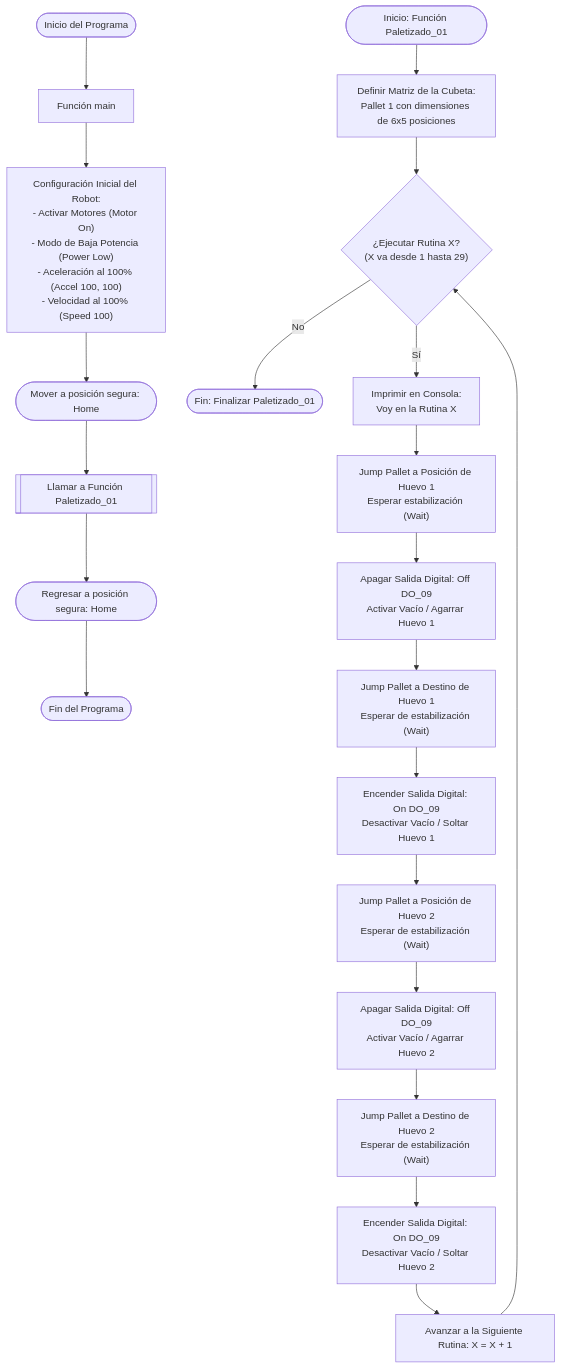
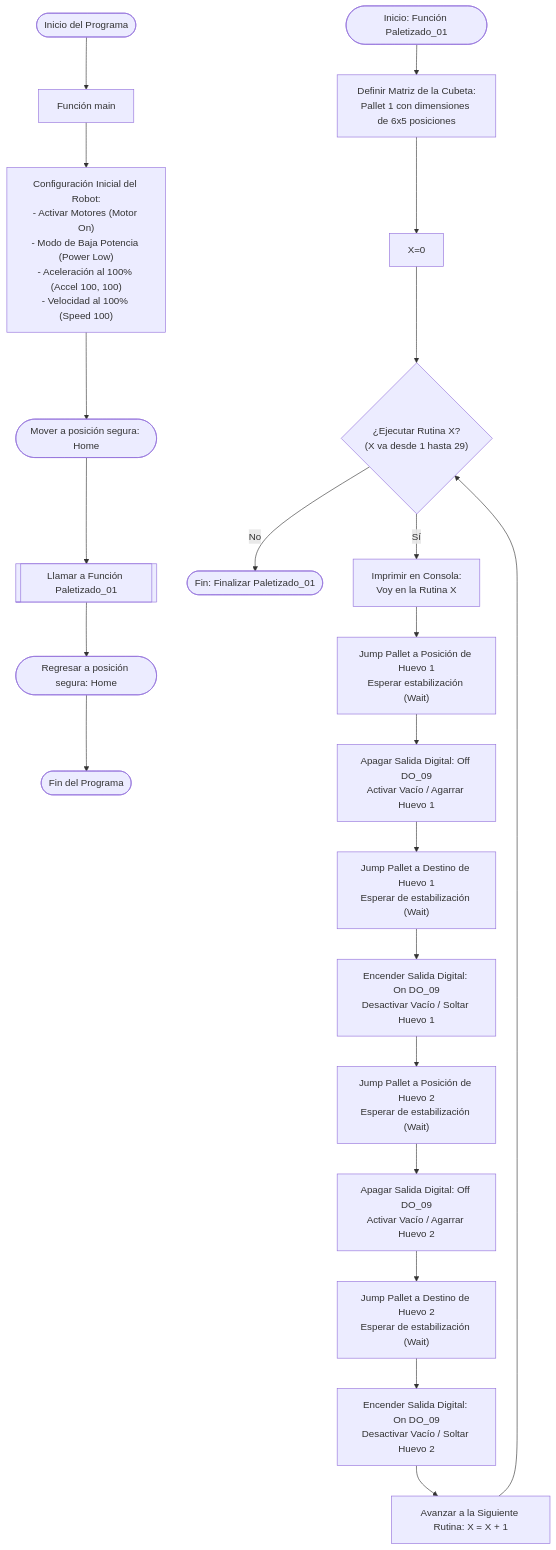
Before and after one commit to labsir-un/Robotica-2026-I-Equipo-3C-Moreno-Ramos: the diagram in Laboratorio No. 03 - Robótica Industrial EPSON T3 401S y EPSON RC+/README.MD, drawn with Mermaid.

````diff
--- a/Laboratorio No. 03 - Robótica Industrial EPSON T3 401S y EPSON RC+/README.MD
+++ b/Laboratorio No. 03 - Robótica Industrial EPSON T3 401S y EPSON RC+/README.MD
@@ -214,24 +214,25 @@
 ```mermaid
 
 flowchart TB
     Start(["Inicio del Programa"]) --> Main["Función main"]
     Main --> Init["Configuración Inicial del Robot:<br>- Activar Motores (Motor On)<br>- Modo de Baja Potencia (Power Low)<br>- Aceleración al 100% (Accel 100, 100)<br>- Velocidad al 100% (Speed 100)"]
     Init --> GoHome1(["Mover a posición segura: Home"])
     GoHome1 --> CallRoutine[["Llamar a Función Paletizado_01"]]
     CallRoutine --> GoHome2(["Regresar a posición segura: Home"])
     GoHome2 --> EndProg(["Fin del Programa"])
     Start1(["Inicio: Función Paletizado_01"]) --> DefPallet["Definir Matriz de la Cubeta:<br>Pallet 1 con dimensiones de 6x5 posiciones"]
-    DefPallet --> RoutineLoop{"¿Ejecutar Rutina X?<br>(X va desde 1 hasta 29)"}
+    DefPallet -->x["X=0"]
+    x --> RoutineLoop{"¿Ejecutar Rutina X?<br>(X va desde 1 hasta 29)"}
     RoutineLoop -- No --> EndRoutine(["Fin: Finalizar Paletizado_01"])
     RoutineLoop -- Sí --> PrintMsg["Imprimir en Consola:<br>Voy en la Rutina X"]
     PrintMsg --> PickH1["Jump Pallet a Posición de Huevo 1<br>Esperar estabilización (Wait)"]
     PickH1 --> GrabH1["Apagar Salida Digital: Off DO_09<br>Activar Vacío / Agarrar Huevo 1"]
     GrabH1 --> DropH1["Jump Pallet a Destino de Huevo 1<br>Esperar de estabilización (Wait)"]
     DropH1 --> ReleaseH1["Encender Salida Digital: On DO_09<br>Desactivar Vacío / Soltar Huevo 1"]
     ReleaseH1 --> PickH2["Jump Pallet a Posición de Huevo 2<br>Esperar de estabilización (Wait)"]
     PickH2 --> GrabH2["Apagar Salida Digital: Off DO_09<br>Activar Vacío / Agarrar Huevo 2"]
     GrabH2 --> DropH2["Jump Pallet a Destino de Huevo 2<br>Esperar de estabilización (Wait)"]
     DropH2 --> ReleaseH2["Encender Salida Digital: On DO_09<br>Desactivar Vacío / Soltar Huevo 2"]
     ReleaseH2 --> NextRoutine["Avanzar a la Siguiente Rutina: X = X + 1"]
     NextRoutine --> RoutineLoop
 ```
````
